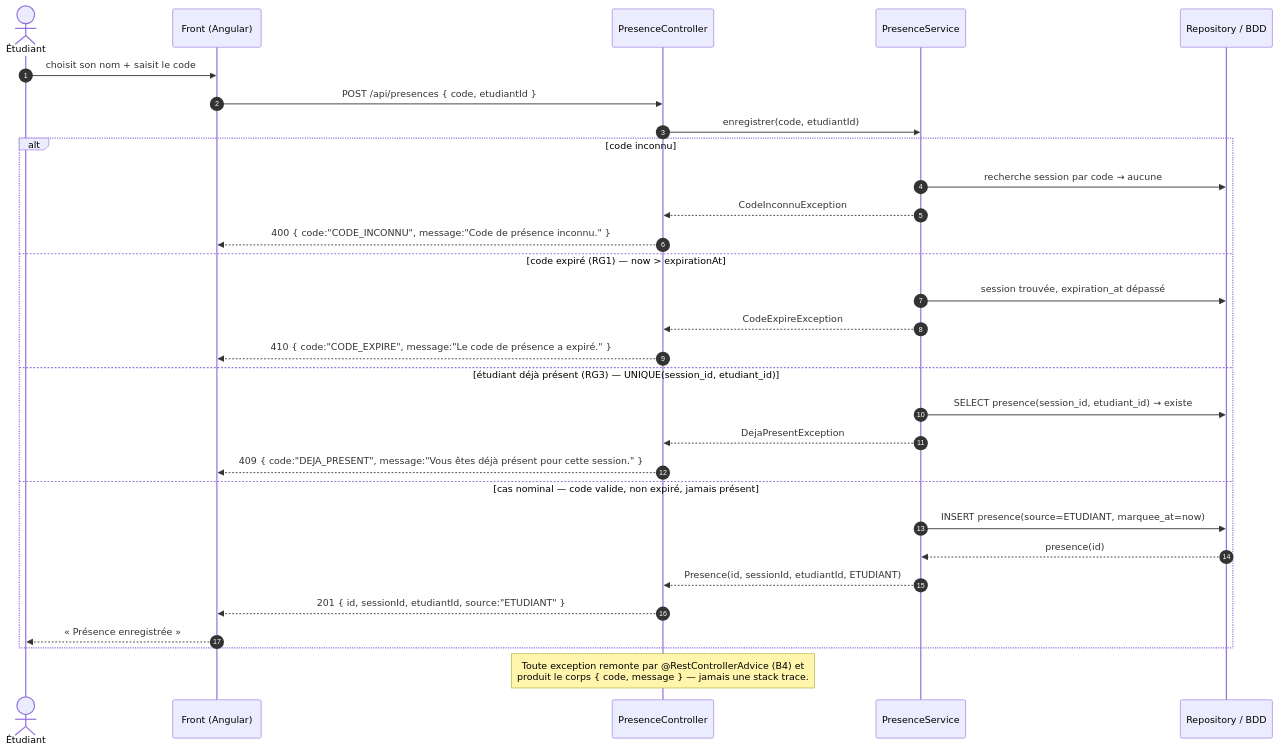
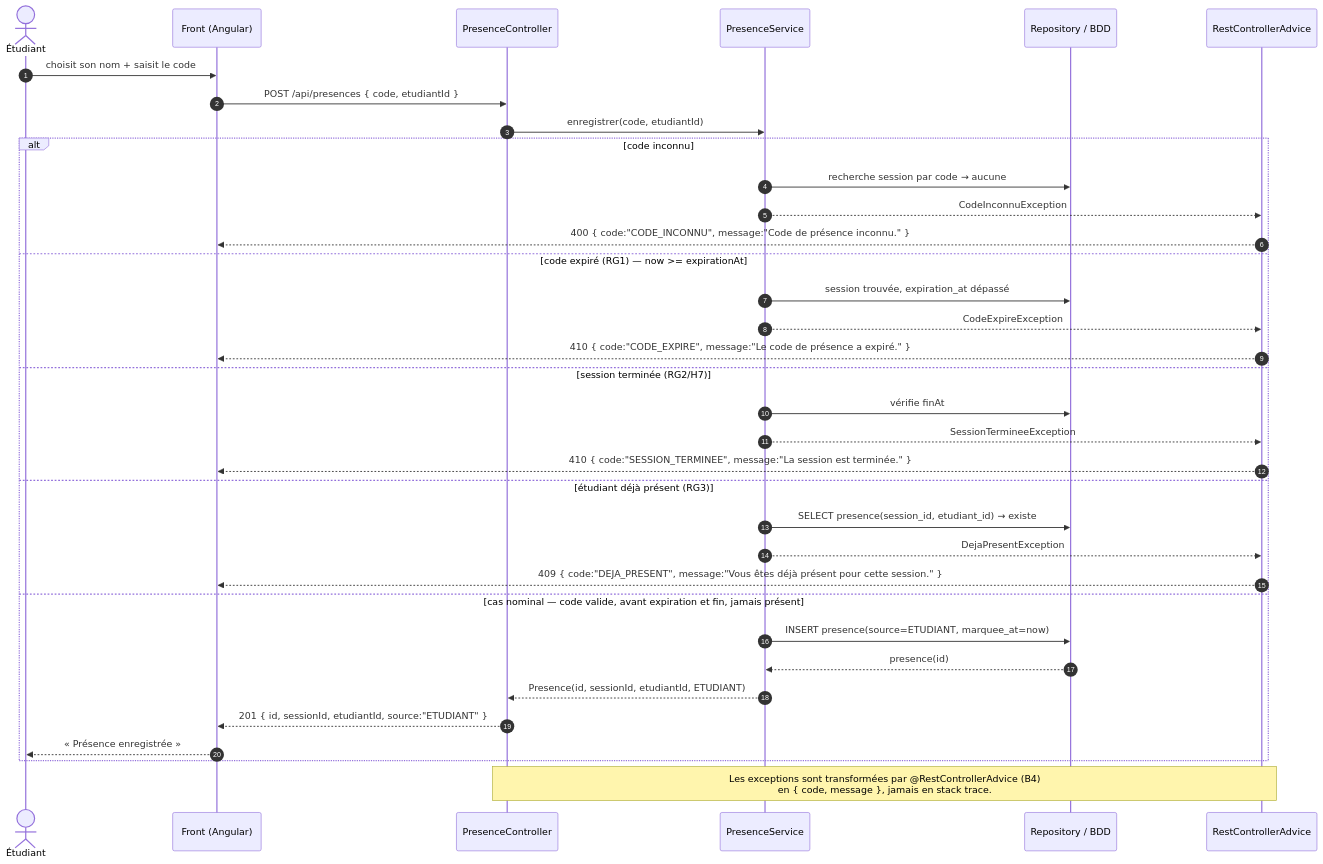
Before and after one commit to suner-dev/kfokam48-epreuve-221: the diagram in docs/diagrammes/D3-sequence-presence.md, drawn with Mermaid. The commit also changed other lines of this file and 6 other files, not shown here.

Commit message:
[ANALYSE] revue v1.1 (suite): backlog 16 tickets et diagrammes D1-D4 alignes (fin/cloture, debut relecture, etats verrouilles, H7-H10)

````diff
--- a/docs/diagrammes/D3-sequence-presence.md
+++ b/docs/diagrammes/D3-sequence-presence.md
@@ -9,35 +9,40 @@
 ```mermaid
 sequenceDiagram
     autonumber
     actor E as Étudiant
     participant F as Front (Angular)
     participant C as PresenceController
     participant S as PresenceService
     participant DB as Repository / BDD
+    participant A as RestControllerAdvice
 
     E->>F: choisit son nom + saisit le code
     F->>C: POST /api/presences { code, etudiantId }
     C->>S: enregistrer(code, etudiantId)
 
     alt code inconnu
         S->>DB: recherche session par code → aucune
-        S-->>C: CodeInconnuException
-        C-->>F: 400 { code:"CODE_INCONNU", message:"Code de présence inconnu." }
-    else code expiré (RG1) — now > expirationAt
+        S-->>A: CodeInconnuException
+        A-->>F: 400 { code:"CODE_INCONNU", message:"Code de présence inconnu." }
+    else code expiré (RG1) — now >= expirationAt
         S->>DB: session trouvée, expiration_at dépassé
-        S-->>C: CodeExpireException
-        C-->>F: 410 { code:"CODE_EXPIRE", message:"Le code de présence a expiré." }
-    else étudiant déjà présent (RG3) — UNIQUE(session_id, etudiant_id)
+        S-->>A: CodeExpireException
+        A-->>F: 410 { code:"CODE_EXPIRE", message:"Le code de présence a expiré." }
+    else session terminée (RG2/H7)
+        S->>DB: vérifie finAt
+        S-->>A: SessionTermineeException
+        A-->>F: 410 { code:"SESSION_TERMINEE", message:"La session est terminée." }
+    else étudiant déjà présent (RG3)
         S->>DB: SELECT presence(session_id, etudiant_id) → existe
-        S-->>C: DejaPresentException
-        C-->>F: 409 { code:"DEJA_PRESENT", message:"Vous êtes déjà présent pour cette session." }
-    else cas nominal — code valide, non expiré, jamais présent
+        S-->>A: DejaPresentException
+        A-->>F: 409 { code:"DEJA_PRESENT", message:"Vous êtes déjà présent pour cette session." }
+    else cas nominal — code valide, avant expiration et fin, jamais présent
         S->>DB: INSERT presence(source=ETUDIANT, marquee_at=now)
         DB-->>S: presence(id)
         S-->>C: Presence(id, sessionId, etudiantId, ETUDIANT)
         C-->>F: 201 { id, sessionId, etudiantId, source:"ETUDIANT" }
         F-->>E: « Présence enregistrée »
     end
 
-    Note over C: Toute exception remonte par @RestControllerAdvice (B4) et<br/>produit le corps { code, message } — jamais une stack trace.
+    Note over C,A: Les exceptions sont transformées par @RestControllerAdvice (B4)<br/>en { code, message }, jamais en stack trace.
 ```
````
